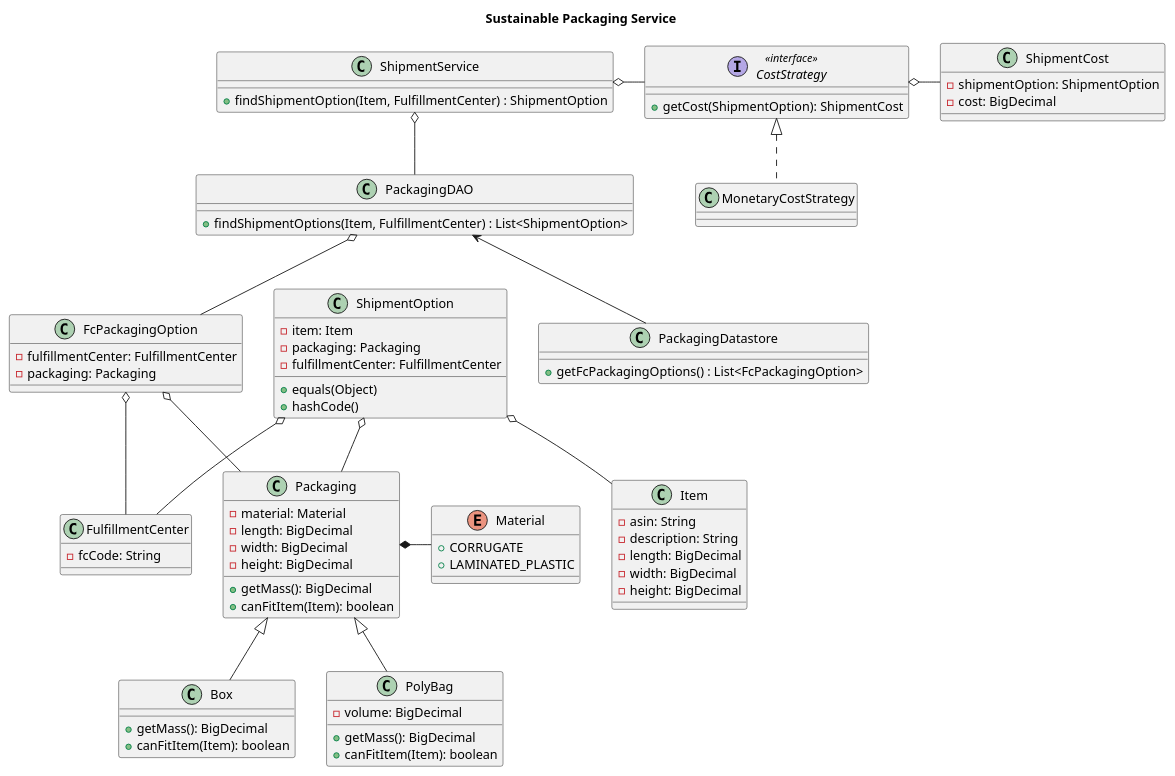
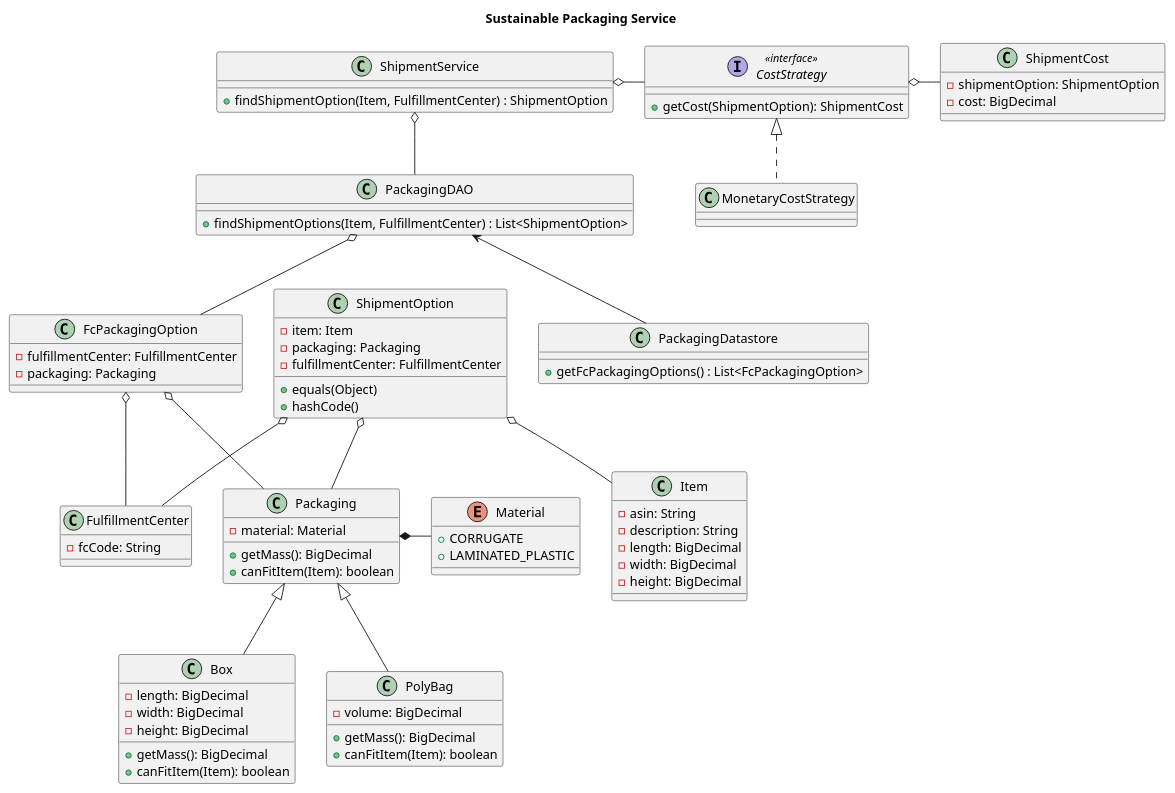
Before and after one commit to everythinginmoderation2/forked-bd-designing-with-java-project: the diagram in src/resources/mastery_task_03_CD.puml, drawn with PlantUML. The commit also changed other lines of this file, not shown here.

```diff
--- a/src/resources/mastery_task_03_CD.puml
+++ b/src/resources/mastery_task_03_CD.puml
@@ -1,95 +1,95 @@
 @startuml
 title Sustainable Packaging Service
 
 'https://tiny.amazon.com/vjm4xbw7/plancorpamazplanformencohtml
 
 class ShipmentService {
   + findShipmentOption(Item, FulfillmentCenter) : ShipmentOption
 }
 
 class PackagingDAO {
   + findShipmentOptions(Item, FulfillmentCenter) : List<ShipmentOption>
 }
 
 class PackagingDatastore {
   + getFcPackagingOptions() : List<FcPackagingOption>
 }
 
 class Item {
   -asin: String
   -description: String
   -length: BigDecimal
   -width: BigDecimal
   -height: BigDecimal
 }
 
 class FulfillmentCenter {
   -fcCode: String
 }
 
 class ShipmentOption {
   -item: Item
   -packaging: Packaging
   -fulfillmentCenter: FulfillmentCenter
   + equals(Object)
   + hashCode()
 }
 
 class ShipmentCost {
   -shipmentOption: ShipmentOption
   -cost: BigDecimal
 }
 
 class Packaging {
   -material: Material
-  -length: BigDecimal
-  -width: BigDecimal
-  -height: BigDecimal
   +getMass(): BigDecimal
   +canFitItem(Item): boolean
 }
 
 class Box {
+  -length: BigDecimal
+  -width: BigDecimal
+  -height: BigDecimal
   +getMass(): BigDecimal
   +canFitItem(Item): boolean
 }
 
 class PolyBag {
   -volume: BigDecimal
   +getMass(): BigDecimal
   +canFitItem(Item): boolean
 }
 
 enum Material {
   + CORRUGATE
   + LAMINATED_PLASTIC
 }
 
 class FcPackagingOption {
   -fulfillmentCenter: FulfillmentCenter
   -packaging: Packaging
 }
 
 interface CostStrategy<<interface>> {
   +getCost(ShipmentOption): ShipmentCost
 }
 
 class MonetaryCostStrategy {
 }
 
 ShipmentService o-- PackagingDAO
 ShipmentService o- CostStrategy
 PackagingDAO o-- FcPackagingOption
 PackagingDAO <-- PackagingDatastore
 FcPackagingOption o-- FulfillmentCenter
 FcPackagingOption o-- Packaging
 Packaging *- Material
 Packaging <|-- Box
 Packaging <|-- PolyBag
 ShipmentOption o-- Item
 ShipmentOption o-- Packaging
 ShipmentOption o-- FulfillmentCenter
 CostStrategy o- ShipmentCost
 
 CostStrategy <|.. MonetaryCostStrategy
 @enduml
```
